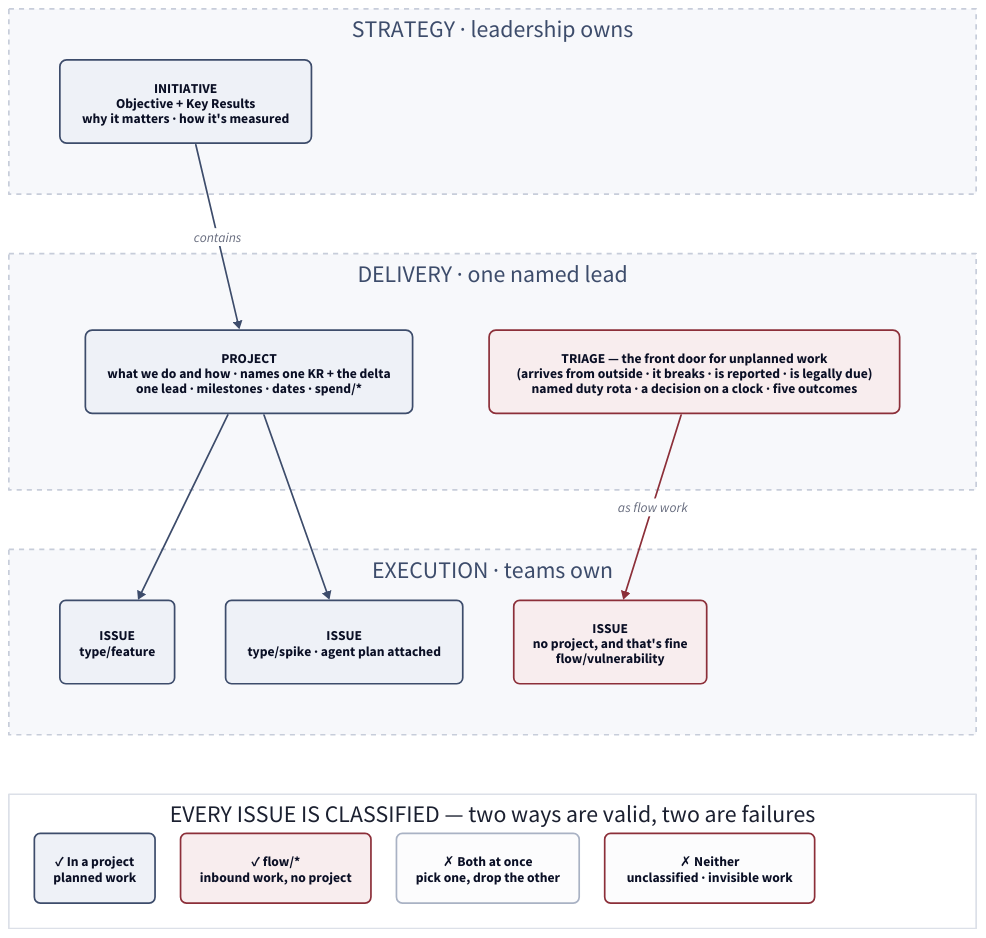
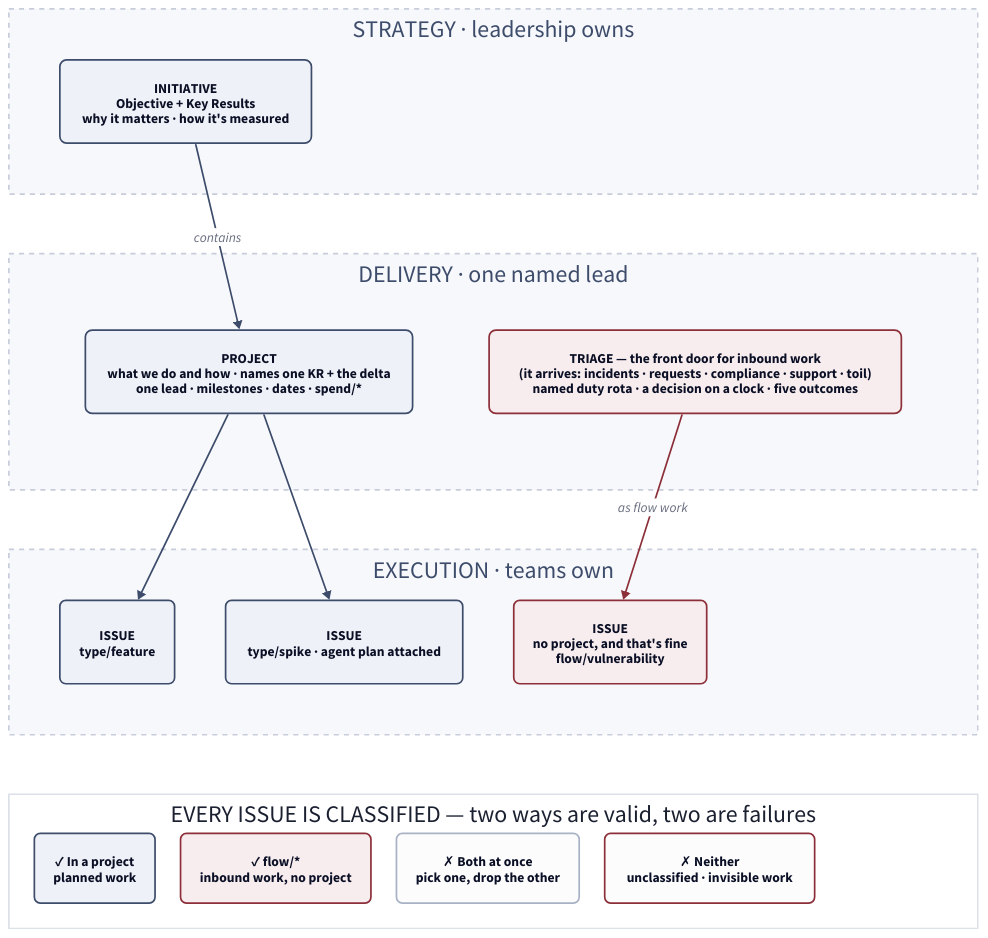
Before and after one commit to hungovercoders/linear-work-management: the diagram in docs/diagrams/model.d2, drawn with D2. The commit also changed 2 other files, not shown here.

Commit message:
refine(GRI-69): reframe 'unplanned' as 'inbound', both paths first-class
Triage is the front door for inbound work (incidents/requests/compliance/
support/toil), not 'unplanned' work — for support & operations teams the
inbound path is their normal, not an exception. Cheat sheet now names both
paths as equal and first-class. Remove leftover promotion mentions from the
high-level docs (deferred to Flow & Triage).

````diff
--- a/docs/diagrams/model.d2
+++ b/docs/diagrams/model.d2
@@ -1,74 +1,74 @@
 # Canonical operating-model diagram. Edit this, not the rendered SVG.
 # Rendered inline on the cheat sheet via Kroki (```kroki-d2```).
 # Two paths, both flowing top-to-bottom through the ownership bands:
 #   strategic:  INITIATIVE -> PROJECT -> ISSUE
 #   external:   TRIAGE -> ISSUE (flow work)
 
 grid-columns: 1
 grid-gap: 70
 direction: down
 
 # ---------- STRATEGY band ----------
 strategy: "STRATEGY  ·  leadership owns" {
   grid-rows: 1
   style: {fill: "#F7F8FB"; stroke: "#C7CDDA"; stroke-dash: 3; font-color: "#3D4C6B"}
   initiative: "INITIATIVE\nObjective + Key Results\nwhy it matters · how it's measured" {
     style: {fill: "#EEF1F7"; stroke: "#3D4C6B"; border-radius: 8; bold: true}
   }
 }
 
 # ---------- DELIVERY band ----------
 delivery: "DELIVERY  ·  one named lead" {
   grid-rows: 1
   grid-gap: 90
   style: {fill: "#F7F8FB"; stroke: "#C7CDDA"; stroke-dash: 3; font-color: "#3D4C6B"}
   project: "PROJECT\nwhat we do and how · names one KR + the delta\none lead · milestones · dates · spend/*" {
     style: {fill: "#EEF1F7"; stroke: "#3D4C6B"; border-radius: 8; bold: true}
   }
-  triage: "TRIAGE — the front door for unplanned work\n(arrives from outside · it breaks · is reported · is legally due)\nnamed duty rota · a decision on a clock · five outcomes" {
+  triage: "TRIAGE — the front door for inbound work\n(it arrives: incidents · requests · compliance · support · toil)\nnamed duty rota · a decision on a clock · five outcomes" {
     style: {fill: "#F8EDEE"; stroke: "#8C2F39"; border-radius: 8; bold: true}
   }
 }
 
 # ---------- EXECUTION band ----------
 execution: "EXECUTION  ·  teams own" {
   grid-rows: 1
   grid-gap: 60
   style: {fill: "#F7F8FB"; stroke: "#C7CDDA"; stroke-dash: 3; font-color: "#3D4C6B"}
   issue1: "ISSUE\ntype/feature" {
     style: {fill: "#EEF1F7"; stroke: "#3D4C6B"; border-radius: 7}
   }
   issue2: "ISSUE\ntype/spike · agent plan attached" {
     style: {fill: "#EEF1F7"; stroke: "#3D4C6B"; border-radius: 7}
   }
   flowissue: "ISSUE\nno project, and that's fine\nflow/vulnerability" {
     style: {fill: "#F8EDEE"; stroke: "#8C2F39"; border-radius: 7}
   }
 }
 
 # ---------- classification rule strip ----------
 rule: "EVERY ISSUE IS CLASSIFIED — two ways are valid, two are failures" {
   grid-rows: 1
   grid-gap: 30
   style: {fill: "#FFFFFF"; stroke: "#DCE0E8"; font-color: "#1B2030"}
   ok_project: "✓ In a project\nplanned work" {
     style: {fill: "#EEF1F7"; stroke: "#3D4C6B"; border-radius: 7}
   }
   ok_flow: "✓ flow/*\ninbound work, no project" {
     style: {fill: "#F8EDEE"; stroke: "#8C2F39"; border-radius: 7}
   }
   bad_both: "✗ Both at once\npick one, drop the other" {
     style: {fill: "#FCFCFD"; stroke: "#A9B2C4"; border-radius: 7}
   }
   bad_neither: "✗ Neither\nunclassified · invisible work" {
     style: {fill: "#FCFCFD"; stroke: "#8C2F39"; stroke-width: 2; border-radius: 7}
   }
 }
 
 # ---------- strategic path (blue) ----------
 strategy.initiative -> delivery.project: contains {style.stroke: "#3D4C6B"}
 delivery.project -> execution.issue1: {style.stroke: "#3D4C6B"}
 delivery.project -> execution.issue2: {style.stroke: "#3D4C6B"}
 
 # ---------- external path (red) ----------
 delivery.triage -> execution.flowissue: as flow work {style.stroke: "#8C2F39"}
````
